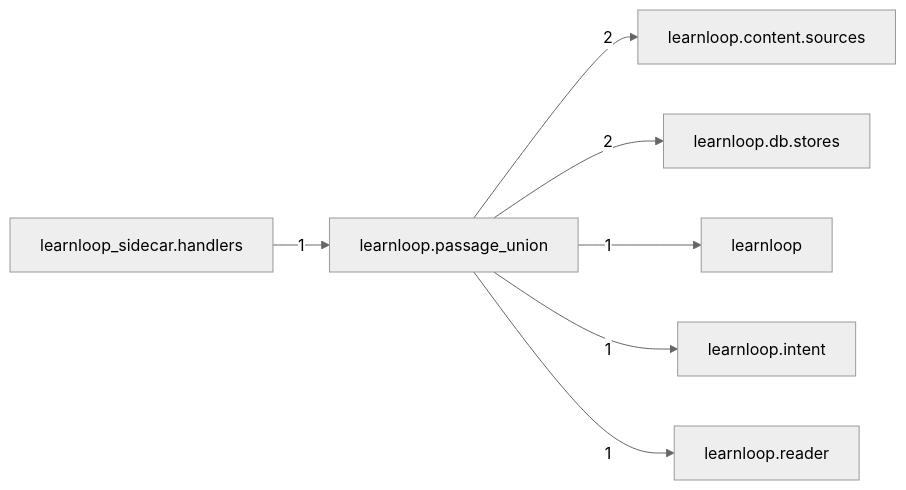
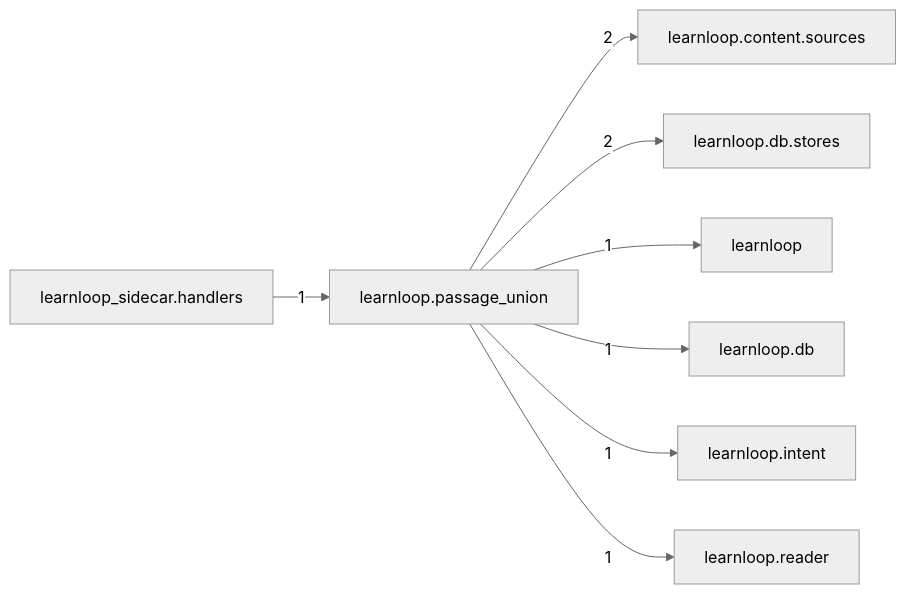
One commit to 6up-b/learnanything changed the diagram in docs/learnloop-architecture-vault/Reference/Modules/learnloop/passage_union/_package.md. Above: the diagram before and after it, drawn with Mermaid (neutral theme). The commit also changed other lines of this file and 49 other files, not shown here.

````diff
--- a/docs/learnloop-architecture-vault/Reference/Modules/learnloop/passage_union/_package.md
+++ b/docs/learnloop-architecture-vault/Reference/Modules/learnloop/passage_union/_package.md
@@ -67,16 +68,18 @@
 ```mermaid
 flowchart LR
     center["learnloop.passage_union"]
     n_learnloop_content_sources["learnloop.content.sources"]
     n_learnloop_db_stores["learnloop.db.stores"]
     n_learnloop["learnloop"]
+    n_learnloop_db["learnloop.db"]
     n_learnloop_intent["learnloop.intent"]
     n_learnloop_reader["learnloop.reader"]
     n_learnloop_sidecar_handlers["learnloop_sidecar.handlers"]
     center -->|2| n_learnloop_content_sources
     center -->|2| n_learnloop_db_stores
     center -->|1| n_learnloop
+    center -->|1| n_learnloop_db
     center -->|1| n_learnloop_intent
     center -->|1| n_learnloop_reader
     n_learnloop_sidecar_handlers -->|1| center
 ```
````
